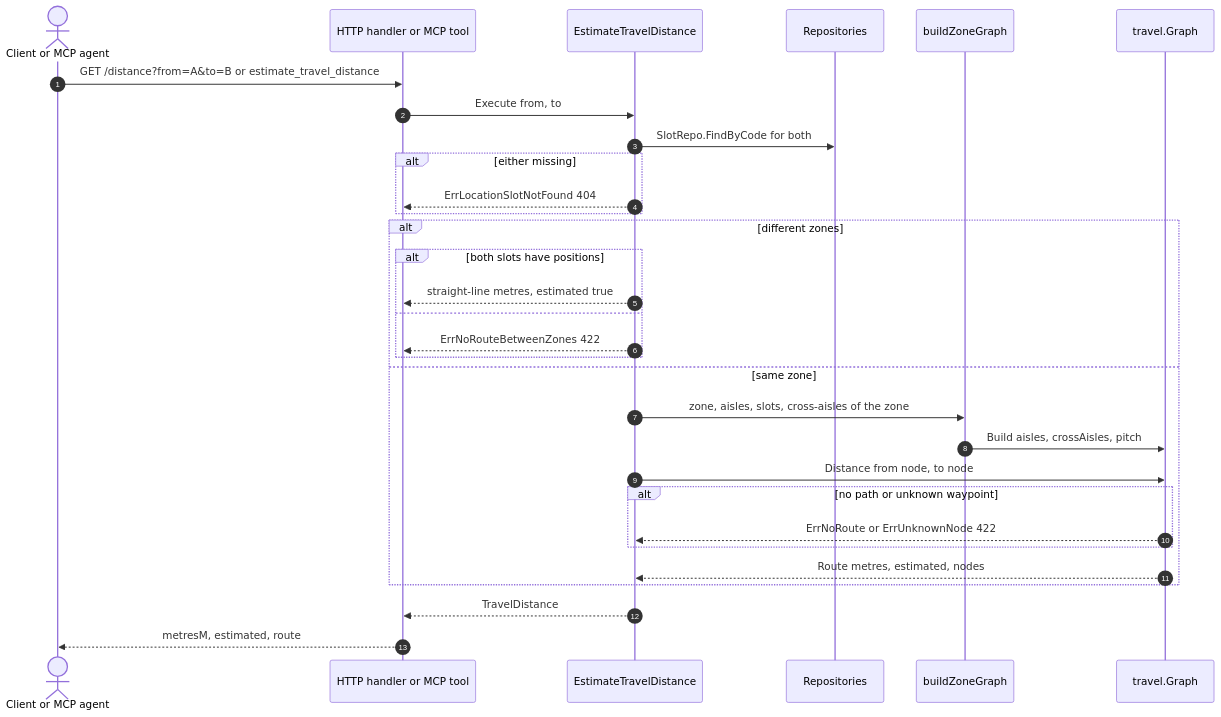
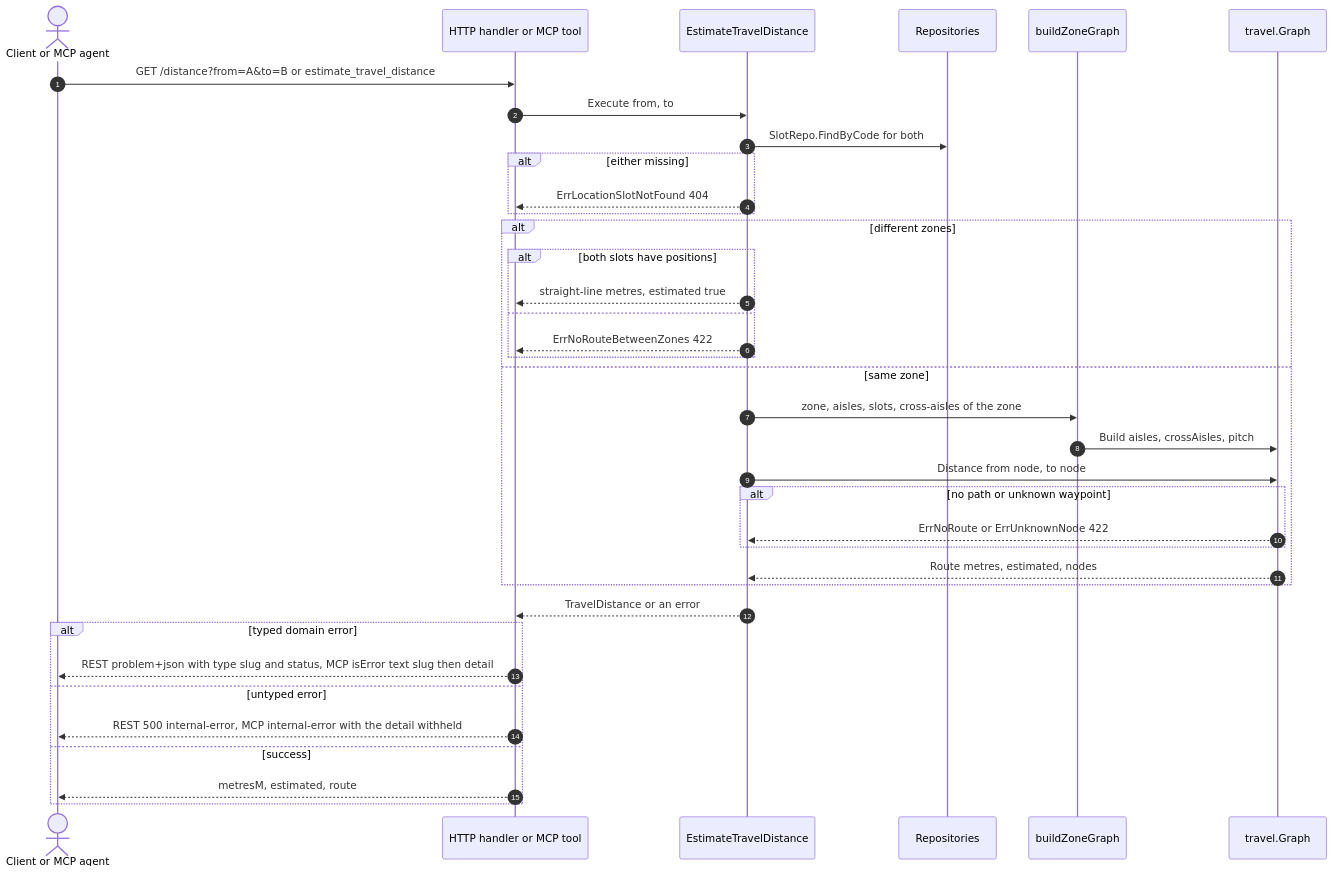
One commit to IQVO/warehouse-docs changed the sixth of 6 diagrams in docs/contexts/facility-layout/sequence-diagrams.md. Above: the diagram before and after it, drawn with Mermaid. The commit also changed other lines of this file and 318 other files, not shown here.

````diff
--- a/docs/contexts/facility-layout/sequence-diagrams.md
+++ b/docs/contexts/facility-layout/sequence-diagrams.md
@@ -318,34 +318,40 @@
 ```mermaid
 sequenceDiagram
     autonumber
     actor C as Client or MCP agent
     participant IN as HTTP handler or MCP tool
     participant UC as EstimateTravelDistance
     participant R as Repositories
     participant B as buildZoneGraph
     participant G as travel.Graph
 
     C->>IN: GET /distance?from=A&to=B or estimate_travel_distance
     IN->>UC: Execute from, to
     UC->>R: SlotRepo.FindByCode for both
     alt either missing
         UC-->>IN: ErrLocationSlotNotFound 404
     end
     alt different zones
         alt both slots have positions
             UC-->>IN: straight-line metres, estimated true
         else
             UC-->>IN: ErrNoRouteBetweenZones 422
         end
     else same zone
         UC->>B: zone, aisles, slots, cross-aisles of the zone
         B->>G: Build aisles, crossAisles, pitch
         UC->>G: Distance from node, to node
         alt no path or unknown waypoint
             G-->>UC: ErrNoRoute or ErrUnknownNode 422
         end
         G-->>UC: Route metres, estimated, nodes
     end
-    UC-->>IN: TravelDistance
-    IN-->>C: metresM, estimated, route
+    UC-->>IN: TravelDistance or an error
+    alt typed domain error
+        IN-->>C: REST problem+json with type slug and status, MCP isError text slug then detail
+    else untyped error
+        IN-->>C: REST 500 internal-error, MCP internal-error with the detail withheld
+    else success
+        IN-->>C: metresM, estimated, route
+    end
 ```
````
